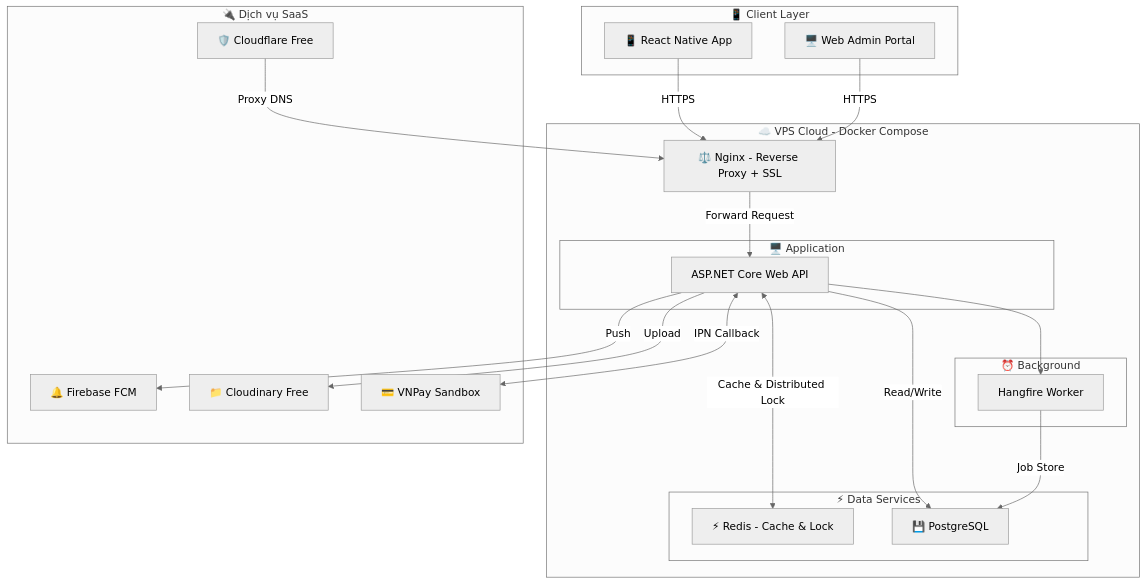
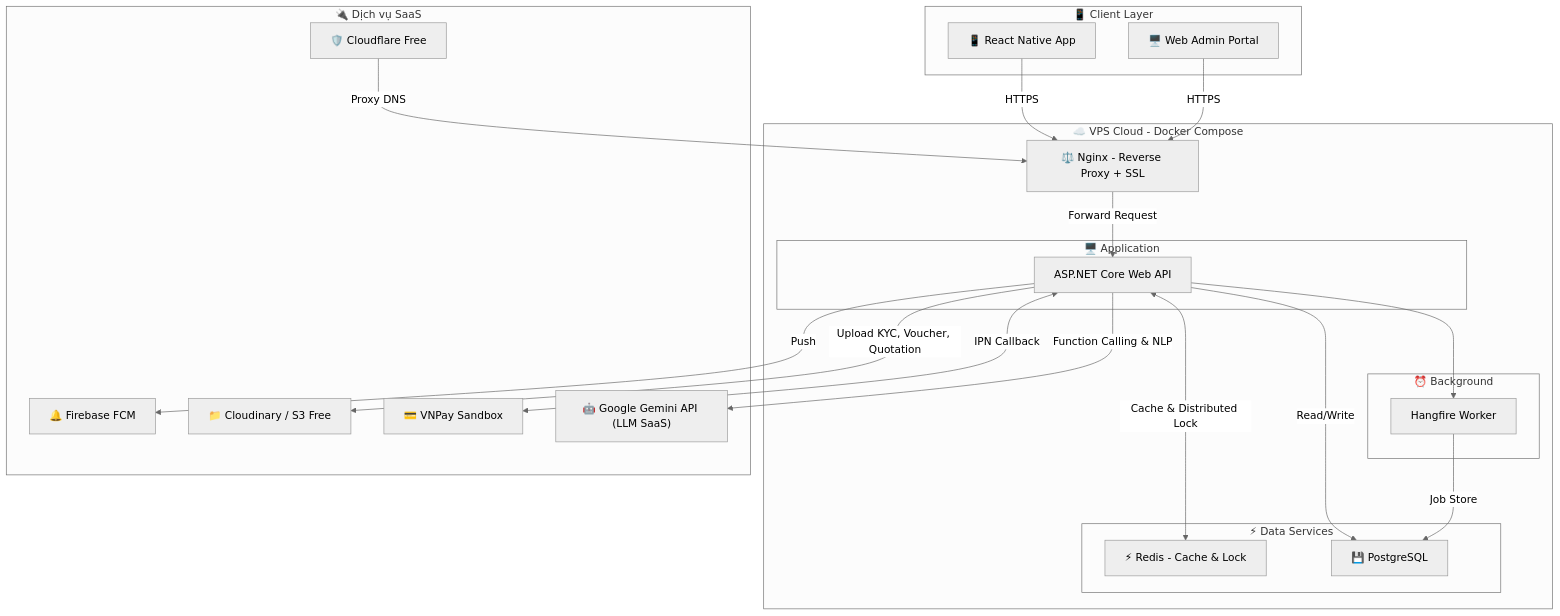
Before and after one commit to thanh-16/B2B_Tour: the diagram in docs/Kiến trúc phần cứng/phase1_mvp_deployment.md, drawn with Mermaid (neutral theme). The commit also changed other lines of this file and 2 other files, not shown here.

````diff
--- a/docs/Kiến trúc phần cứng/phase1_mvp_deployment.md
+++ b/docs/Kiến trúc phần cứng/phase1_mvp_deployment.md
@@ -20,52 +20,54 @@
 ```mermaid
 graph TD
     %% ────────────────────────────────────────
     %% TẦNG CLIENT
     %% ────────────────────────────────────────
     subgraph Clients["📱 Client Layer"]
         App["📱 React Native App"]
         Web["🖥️ Web Admin Portal"]
     end
 
     %% ────────────────────────────────────────
     %% VPS DUY NHẤT (Docker Compose)
     %% ────────────────────────────────────────
     App -->|HTTPS| NGINX
     Web -->|HTTPS| NGINX
 
     subgraph VPS["☁️ VPS Cloud - Docker Compose"]
         NGINX["⚖️ Nginx - Reverse Proxy + SSL"]
         
         subgraph AppContainer["🖥️ Application"]
             API["ASP.NET Core Web API"]
         end
         NGINX -->|Forward Request| API
 
         subgraph DataServices["⚡ Data Services"]
             REDIS["⚡ Redis - Cache & Lock"]
             PG["💾 PostgreSQL"]
         end
         API <-->|Cache & Distributed Lock| REDIS
         API -->|Read/Write| PG
 
         subgraph Worker["⏰ Background"]
             HF["Hangfire Worker"]
         end
         API --> HF
         HF -->|Job Store| PG
     end
 
     %% ────────────────────────────────────────
     %% DỊCH VỤ BÊN NGOÀI (SaaS MIỄN PHÍ)
     %% ────────────────────────────────────────
     subgraph FreeSaaS["🔌 Dịch vụ SaaS"]
         CF["🛡️ Cloudflare Free"]
         FCM["🔔 Firebase FCM"]
-        S3["📁 Cloudinary Free"]
+        S3["📁 Cloudinary / S3 Free"]
         VNPAY["💳 VNPay Sandbox"]
+        GEMINI["🤖 Google Gemini API (LLM SaaS)"]
     end
     CF -->|Proxy DNS| NGINX
     API -->|Push| FCM
-    API -->|Upload| S3
+    API -->|Upload KYC, Voucher, Quotation| S3
     API <-->|IPN Callback| VNPAY
+    API -->|Function Calling & NLP| GEMINI
 ```
````
